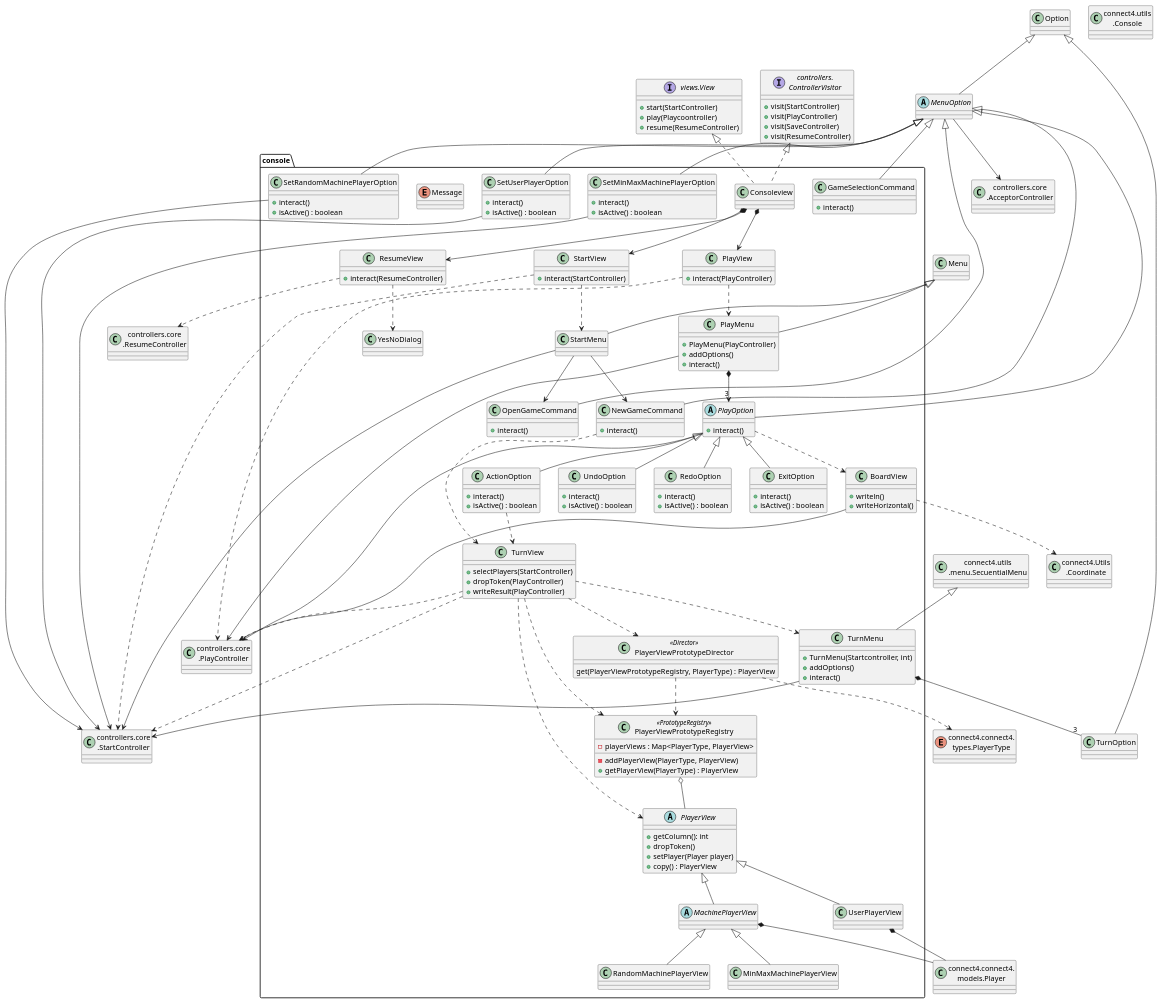
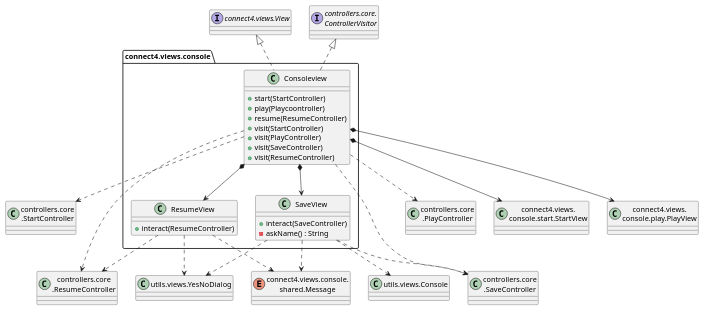
The diagram in connect4/Docs/diagrams/src/packages/connect4.connect4.views.console.plantuml (js-rom/connect4), drawn with PlantUML before and after one commit. The commit also changed 16 other files, not shown here.

Commit message:
docs: update console package documentation #8

```diff
--- a/connect4/Docs/diagrams/src/packages/connect4.connect4.views.console.plantuml
+++ b/connect4/Docs/diagrams/src/packages/connect4.connect4.views.console.plantuml
@@ -1,223 +1,57 @@
 @startuml connect4.connect4.console.console
 
-class console.Consoleview
 
-class console.StartView{
-    +interact(StartController)
-}
+class StartController as "controllers.core\n.StartController"
+class PlayController as "controllers.core\n.PlayController"
+class ResumeController as "controllers.core\n.ResumeController"
+class SaveController as "controllers.core\n.SaveController"
+class StartView as "connect4.views.\nconsole.start.StartView"
+class PlayView as "connect4.views.\nconsole.play.PlayView"
+interface View as "connect4.views.View"
+interface ControllerVisitor as "controllers.core.\nControllerVisitor"
+class Console as "utils.views.Console"
+class YesNoDialog as "utils.views.YesNoDialog"
+enum Message as "connect4.views.console.\nshared.Message"
 
-class console.PlayView{
-    +interact(PlayController)
+package console as "connect4.views.console"{
+    
 }
 
 class console.ResumeView{
-    +interact(ResumeController)
+    + interact(ResumeController)
 }
 
-class console.BoardView{
-    +writeln()
-    +writeHorizontal()
+class console.Consoleview {
+    + start(StartController)
+    + play(Playcoontroller)
+    + resume(ResumeController)
+    + visit(StartController)
+    + visit(PlayController)
+    + visit(SaveController)
+    + visit(ResumeController)
 }
 
-class console.TurnView{
-    +selectPlayers(StartController)
-    +dropToken(PlayController)
-    +writeResult(PlayController)
+class console.SaveView {
+    + interact(SaveController)
+    - askName() : String
 }
-
-abstract class console.PlayerView{
-    +getColumn(): int
-    +dropToken()
-    +setPlayer(Player player)
-    +copy() : PlayerView
-}
-
-abstract class console.MachinePlayerView
-class console.MinMaxMachinePlayerView
-class console.RandomMachinePlayerView
-class console.UserPlayerView
-class console.TurnMenu{
-    +TurnMenu(Startcontroller, int)
-    +addOptions()
-    +interact()
-}
-
-class console.SetRandomMachinePlayerOption{
-        +interact()
-        +isActive() : boolean
-}
-
-class console.SetMinMaxMachinePlayerOption{
-        +interact()
-        +isActive() : boolean
-}
-
-class console.SetUserPlayerOption{
-        +interact()
-        +isActive() : boolean
-}
-
-enum console.Message
-
-class console.YesNoDialog
-
-class console.PlayerViewPrototypeDirector <<Director>> {
-    get(PlayerViewPrototypeRegistry, PlayerType) : PlayerView 
-}
-
-class console.PlayerViewPrototypeRegistry <<PrototypeRegistry>> {
-    -playerViews : Map<PlayerType, PlayerView> 
-    -addPlayerView(PlayerType, PlayerView)
-    +getPlayerView(PlayerType) : PlayerView
-}
-class StartController as "controllers.core\n.StartController"
-class PlayController as "controllers.core\n.PlayController"
-class ResumeController as "controllers.core\n.ResumeController"
-class AcceptorController as "controllers.core\n.AcceptorController"
-
-interface View as "views.View"{
-    +start(StartController)
-    +play(Playcoontroller)
-    +resume(ResumeController)
-}
-
-interface ControllerVisitor as "controllers.\nControllerVisitor" {
-    +visit(StartController)
-    +visit(PlayController)
-    +visit(SaveController)
-    +visit(ResumeController)
-}
-
-class console.PlayMenu {
-    +PlayMenu(PlayController)
-    +addOptions()
-    +interact()
-}
-
-abstract class console.PlayOption {
-    +interact()
-}
-class console.UndoOption {
-    +interact()
-    +isActive() : boolean
-}
-
-class console.RedoOption {
-    +interact()
-    +isActive() : boolean
-}
-
-class console.ActionOption {
-    +interact()
-    +isActive() : boolean
-}
-
-class console.ExitOption {
-    +interact()
-    +isActive() : boolean
-}
-
-abstract class MenuOption {
-}
-
-class console.StartMenu {
-}
-
-class console.NewGameCommand {
-    +interact()
-}
-
-class console.OpenGameCommand {
-    +interact()
-}
-
-class console.GameSelectionCommand {
-    +interact()
-}
-
-
-Menu <|-- StartMenu
-StartMenu --> NewGameCommand
-StartMenu --> OpenGameCommand
-StartMenu --> StartController
-NewGameCommand ..> TurnView
-MenuOption <|-- NewGameCommand
-MenuOption <|-- OpenGameCommand
-MenuOption <|-- GameSelectionCommand
-
-Option <|-- MenuOption
-MenuOption <|-- PlayOption
-MenuOption --> AcceptorController
 
 View <|.. Consoleview 
 ControllerVisitor <|.. Consoleview 
 Consoleview *--> StartView
 Consoleview *--> PlayView
 Consoleview *--> ResumeView
-
-StartView ..> StartController
-PlayView ..> PlayController
+Consoleview *--> SaveView
+Consoleview ..> StartController
+Consoleview ..> PlayController
+Consoleview ..> ResumeController
+Consoleview ..> SaveController
 ResumeView ..> ResumeController
-
-StartView ..> StartMenu
-
-Menu <|-- PlayMenu
-PlayOption --> PlayController
-PlayOption ..> BoardView
-PlayOption <|-- ActionOption
-PlayOption <|-- ExitOption
-ActionOption ..> TurnView
-PlayOption <|-- UndoOption
-PlayOption <|-- RedoOption
-PlayMenu *--> "3"PlayOption
-PlayView ..> PlayMenu
-PlayMenu --> PlayController
-
 ResumeView ..> YesNoDialog
-
-TurnView ..> PlayerView
-TurnView ..> StartController
-TurnView ..> PlayController
-TurnView ..> TurnMenu
-TurnMenu *-- "3"TurnOption
-TurnView ..> PlayerViewPrototypeDirector
-TurnView ..> PlayerViewPrototypeRegistry
-
-PlayerView <|-- UserPlayerView
-PlayerView <|-- MachinePlayerView
-MachinePlayerView <|-- MinMaxMachinePlayerView
-MachinePlayerView <|-- RandomMachinePlayerView
-
-MenuOption <|-- SetRandomMachinePlayerOption
-MenuOption <|-- SetMinMaxMachinePlayerOption
-MenuOption <|-- SetUserPlayerOption
-SetUserPlayerOption --> StartController
-SetRandomMachinePlayerOption --> StartController
-SetMinMaxMachinePlayerOption --> StartController
-TurnMenu --> StartController
-
-PlayerViewPrototypeDirector ..> PlayerViewPrototypeRegistry
-PlayerViewPrototypeRegistry o-- PlayerView
-
-class Option as "connect4.utils\n.menu.Option"
-class SecuentialMenu as "connect4.utils\n.menu.SecuentialMenu"
-class Menu as "connect4.utils\n.menu.Menu"
-class Coordinate as "connect4.Utils\n.Coordinate"
-class Console as "connect4.utils\n.Console"
-class Player as "connect4.connect4.\nmodels.Player"
-enum PlayerType as "connect4.connect4.\ntypes.PlayerType"
-
-
-Option <|-- TurnOption
-SecuentialMenu <|-- TurnMenu
-BoardView --> PlayController
-BoardView ..> Coordinate
-MachinePlayerView *-- Player
-UserPlayerView *-- Player
-
-
-
-PlayerViewPrototypeDirector ..> PlayerType
-
+ResumeView ..> Message
+SaveView ..> Message
+SaveView ..> Console
+SaveView ..> YesNoDialog
+SaveView ..> SaveController
 
 @enduml
```
